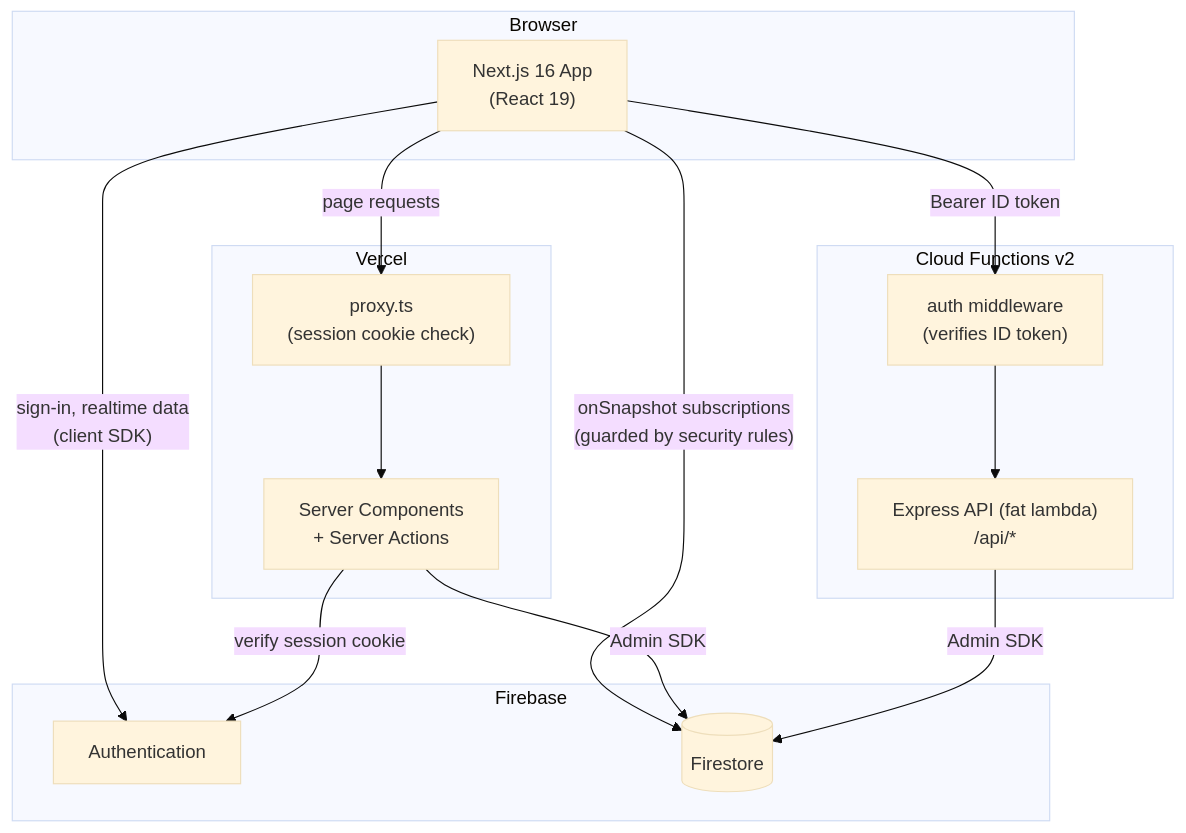
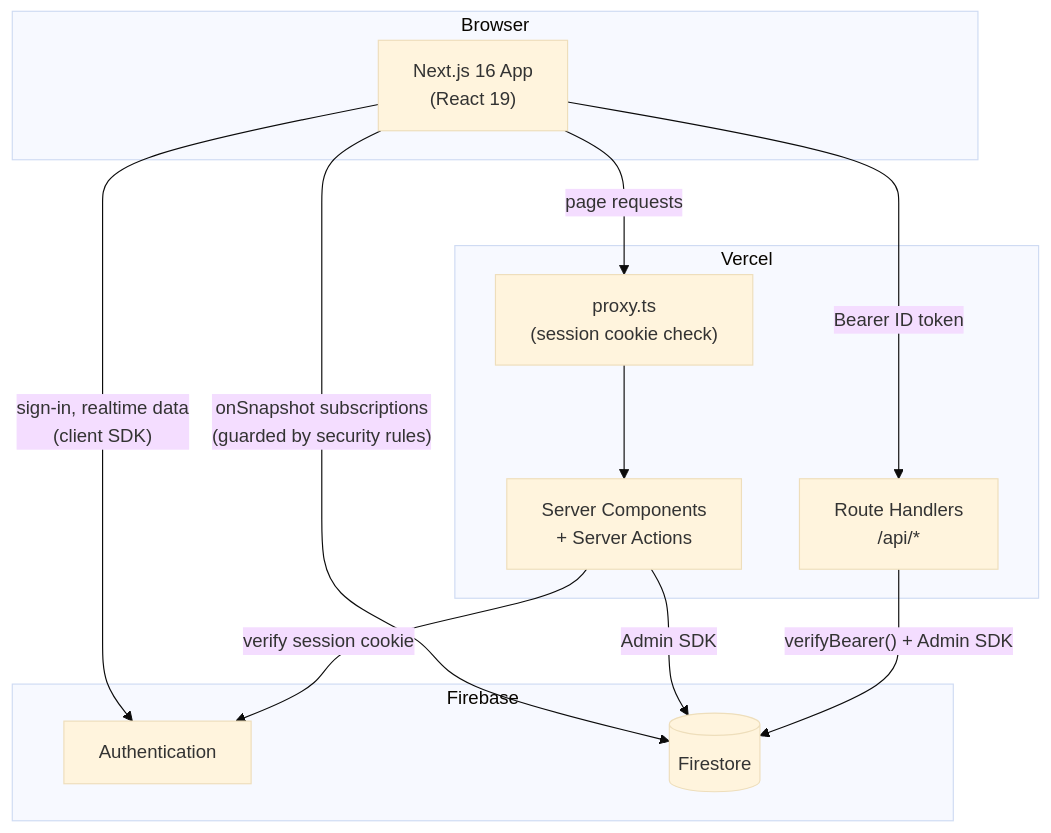
The first of 2 diagrams in docs/ARCHITECTURE.md (Jason6322/46-Client-and-PRM-Team-B), drawn with Mermaid (base theme) before and after one commit. The commit also changed other lines of this file and 60 other files, not shown here.

````diff
--- a/docs/ARCHITECTURE.md
+++ b/docs/ARCHITECTURE.md
@@ -9,29 +9,26 @@
 ```mermaid
 flowchart TB
     subgraph Browser
         UI["Next.js 16 App<br/>(React 19)"]
     end
 
     subgraph Vercel
         SC["Server Components<br/>+ Server Actions"]
         PROXY["proxy.ts<br/>(session cookie check)"]
+        API["Route Handlers<br/>/api/*"]
     end
 
-    subgraph "Cloud Functions v2"
-        API["Express API (fat lambda)<br/>/api/*"]
-        MW["auth middleware<br/>(verifies ID token)"]
-    end
 
     subgraph Firebase
         AUTH["Authentication"]
         FS[("Firestore")]
     end
 
     UI -->|"page requests"| PROXY --> SC
     UI -->|"sign-in, realtime data<br/>(client SDK)"| AUTH
     UI -->|"onSnapshot subscriptions<br/>(guarded by security rules)"| FS
-    UI -->|"Bearer ID token"| MW --> API
+    UI -->|"Bearer ID token"| API
     SC -->|"Admin SDK"| FS
     SC -->|"verify session cookie"| AUTH
-    API -->|"Admin SDK"| FS
+    API -->|"verifyBearer() + Admin SDK"| FS
 ```
````
